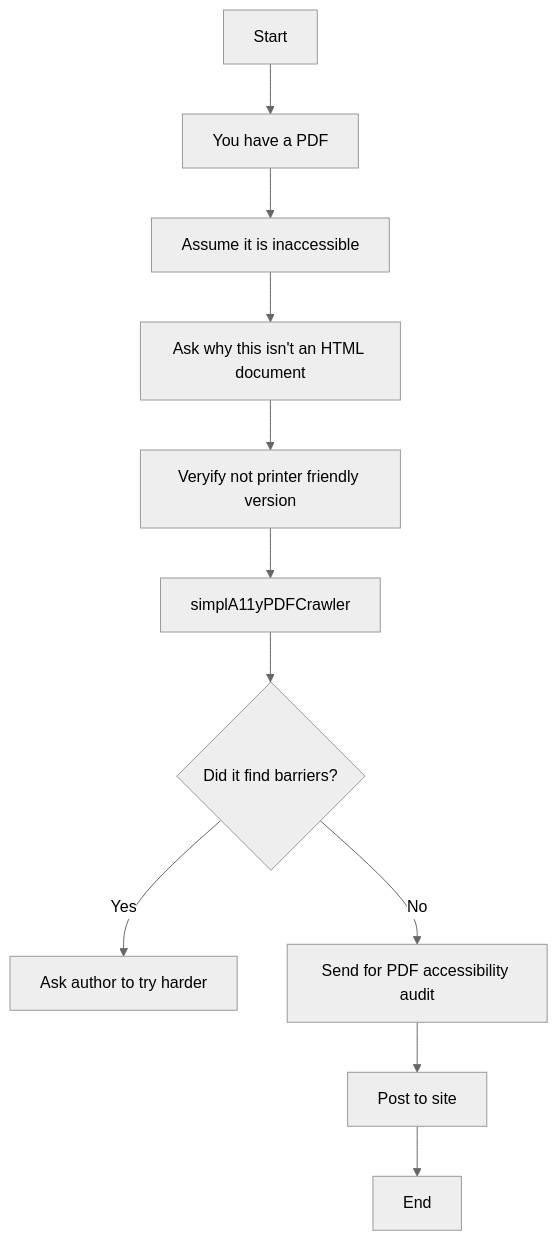
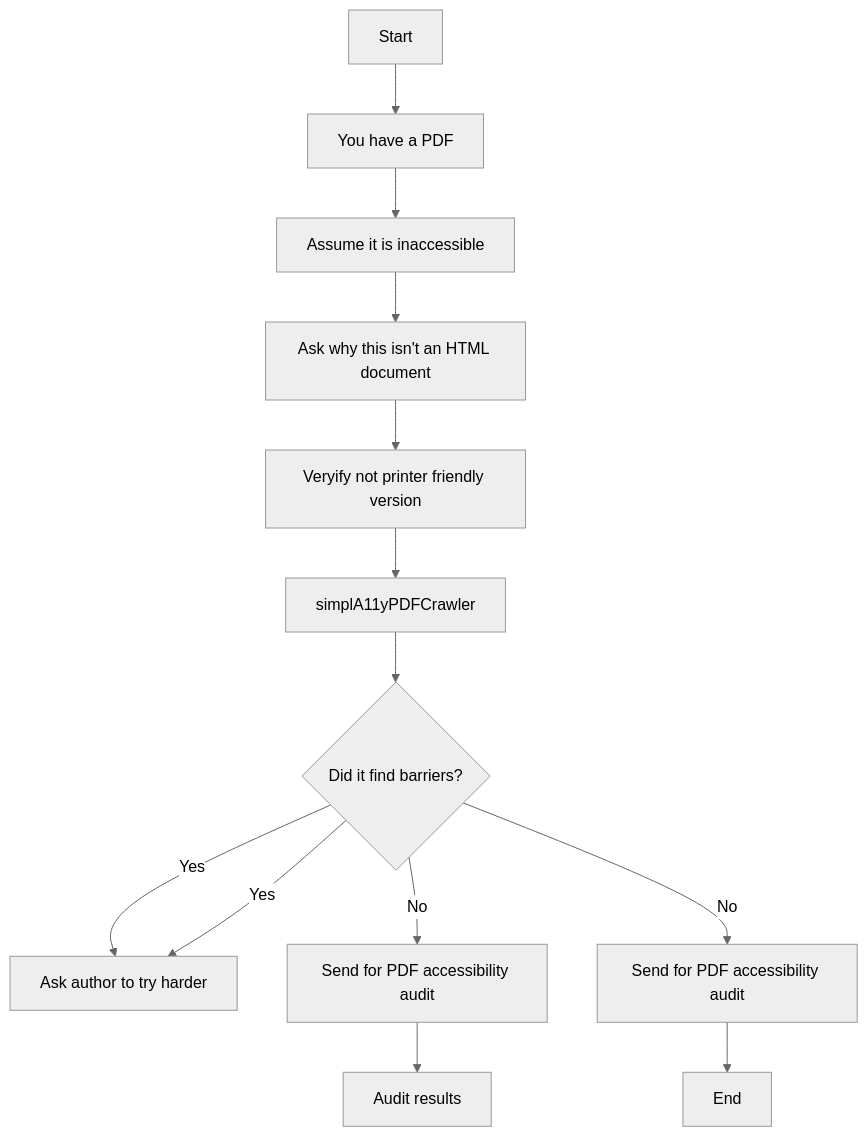
One commit to mgifford/mermaid-graphs changed the diagram in pdf.md. Above: the diagram before and after it, drawn with Mermaid (neutral theme).

Commit message:
next step

````diff
--- a/pdf.md
+++ b/pdf.md
@@ -3,13 +3,15 @@
 ```mermaid
 graph TD
     Start-->YouHaveAPDF[You have a PDF];
     YouHaveAPDF-->AssumeInaccessible[Assume it is inaccessible];
     AssumeInaccessible-->AskWhyNotHTNML[Ask why this isn't an HTML document];
     AskWhyNotHTNML-->VerifyNotPriterFriendlyVersion[Veryify not printer friendly version];
     VerifyNotPriterFriendlyVersion-->simplA11yPDFCrawler;
     simplA11yPDFCrawler-->DidItFindBarriers{Did it find barriers?};
     DidItFindBarriers --> |Yes| AskAuthorToTryHarder[Ask author to try harder];
     DidItFindBarriers --> |No| SendForPDFAudit[Send for PDF accessibility audit]
-    SendForPDFAudit-->PostToSite[Post to site];
+    SendForPDFAudit --> AuditResults[Audit results]
+    DidItFindBarriers --> |Yes| AskAuthorToTryHarder[Ask author to try harder];
+    DidItFindBarriers --> |No| PostToSite[Send for PDF accessibility audit]
     PostToSite-->End;
 ```
````
